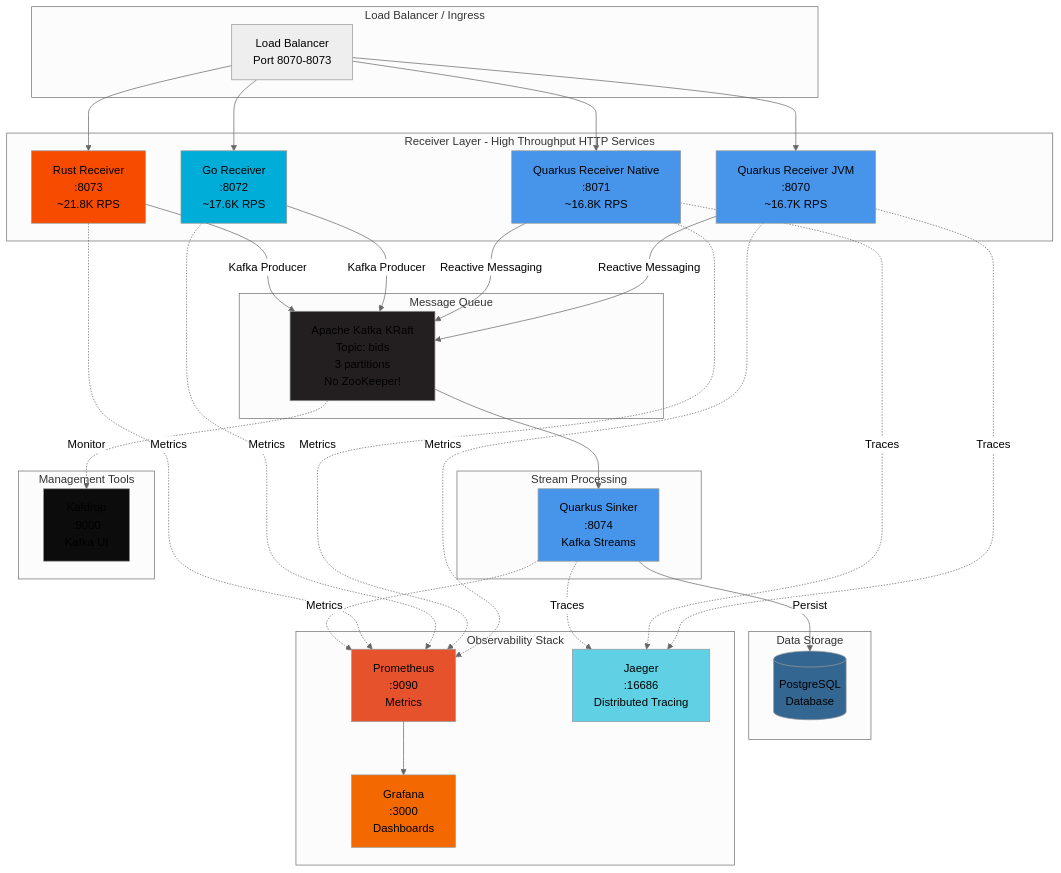
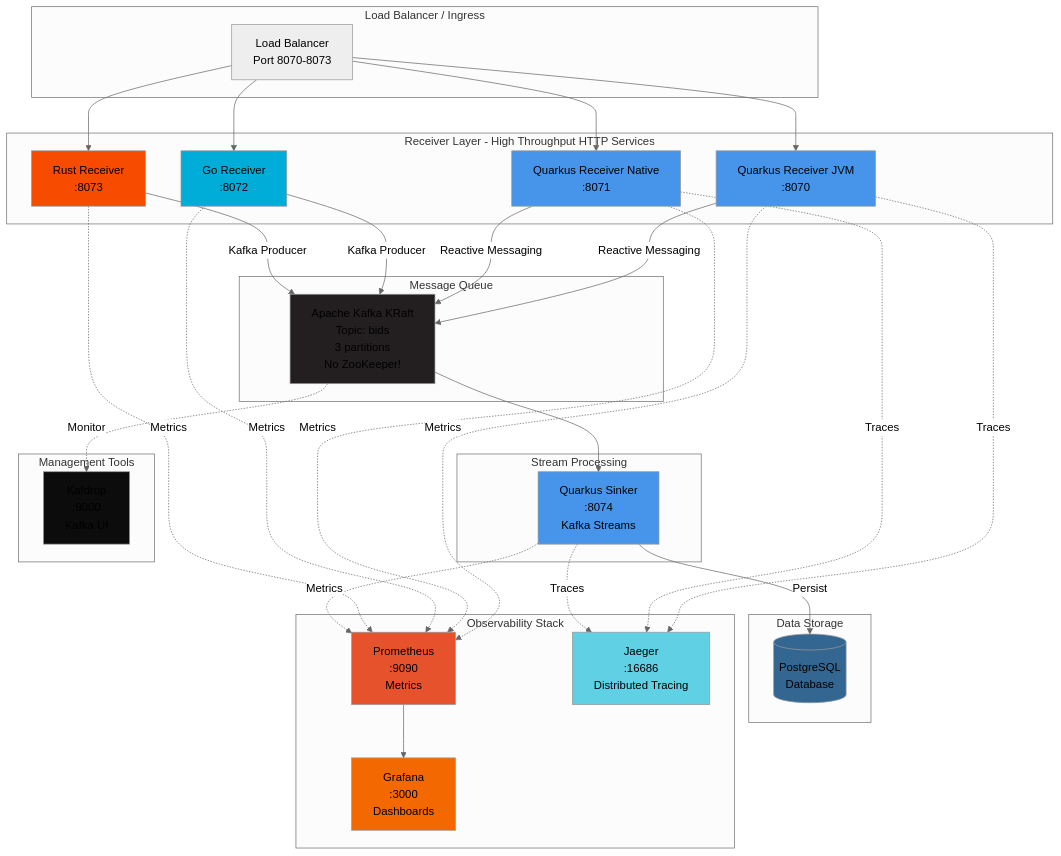
One commit to dtkmn/quarkus-adtech-demo changed the diagram in README.md. Above: the diagram before and after it, drawn with Mermaid (neutral theme). The commit also changed other lines of this file, not shown here.

````diff
--- a/README.md
+++ b/README.md
@@ -57,73 +57,73 @@
 ```mermaid
 graph TB
     subgraph "Load Balancer / Ingress"
         LB[Load Balancer<br/>Port 8070-8073]
     end
     
     subgraph "Receiver Layer - High Throughput HTTP Services"
-        QR[Quarkus Receiver JVM<br/>:8070<br/>~16.7K RPS]
-        QRN[Quarkus Receiver Native<br/>:8071<br/>~16.8K RPS]
-        GR[Go Receiver<br/>:8072<br/>~17.6K RPS]
-        RR[Rust Receiver<br/>:8073<br/>~21.8K RPS]
+        QR[Quarkus Receiver JVM<br/>:8070]
+        QRN[Quarkus Receiver Native<br/>:8071]
+        GR[Go Receiver<br/>:8072]
+        RR[Rust Receiver<br/>:8073]
     end
     
     subgraph "Message Queue"
         K[Apache Kafka KRaft<br/>Topic: bids<br/>3 partitions<br/>No ZooKeeper!]
     end
     
     subgraph "Stream Processing"
         QS[Quarkus Sinker<br/>:8074<br/>Kafka Streams]
     end
     
     subgraph "Data Storage"
         PG[(PostgreSQL<br/>Database)]
     end
     
     subgraph "Observability Stack"
         P[Prometheus<br/>:9090<br/>Metrics]
         G[Grafana<br/>:3000<br/>Dashboards]
         J[Jaeger<br/>:16686<br/>Distributed Tracing]
     end
     
     subgraph "Management Tools"
         KD[Kafdrop<br/>:9000<br/>Kafka UI]
     end
     
     LB --> QR
     LB --> QRN
     LB --> GR
     LB --> RR
     
     QR -->|Reactive Messaging| K
     QRN -->|Reactive Messaging| K
     GR -->|Kafka Producer| K
     RR -->|Kafka Producer| K
     
     K --> QS
     QS -->|Persist| PG
     
     QR -.->|Metrics| P
     QRN -.->|Metrics| P
     GR -.->|Metrics| P
     RR -.->|Metrics| P
     QS -.->|Metrics| P
     
     QR -.->|Traces| J
     QRN -.->|Traces| J
     QS -.->|Traces| J
     
     P --> G
     K -.->|Monitor| KD
     
     style QR fill:#4695eb
     style QRN fill:#4695eb
     style GR fill:#00ADD8
     style RR fill:#f74c00
     style K fill:#231F20
     style QS fill:#4695eb
     style PG fill:#336791
     style P fill:#e6522c
     style G fill:#f46800
     style J fill:#60d0e4
     style KD fill:#0c0c0c
 ```
````
